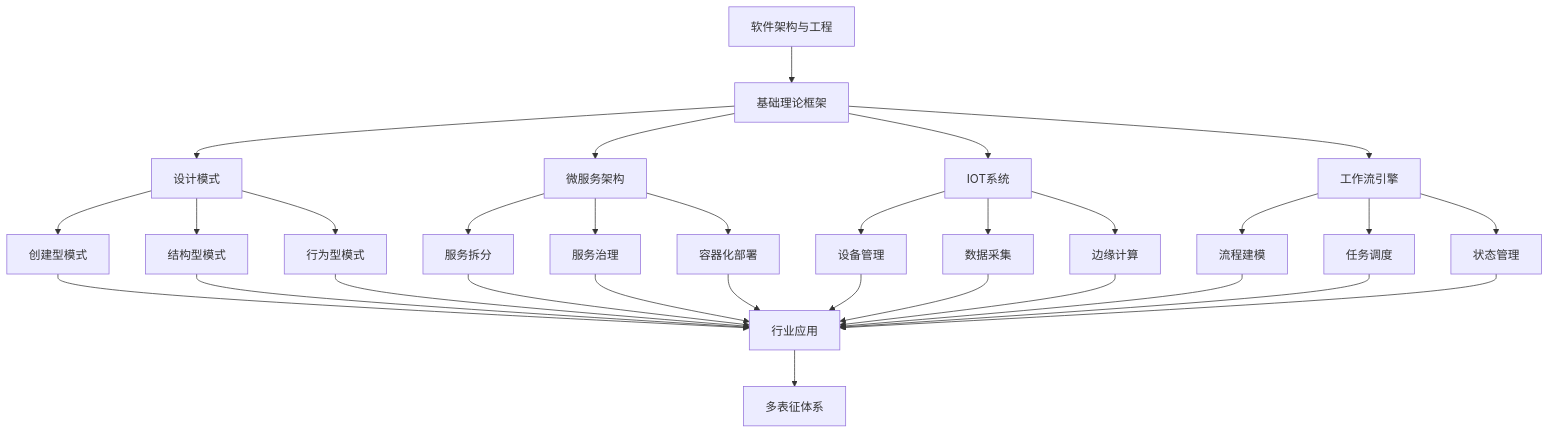
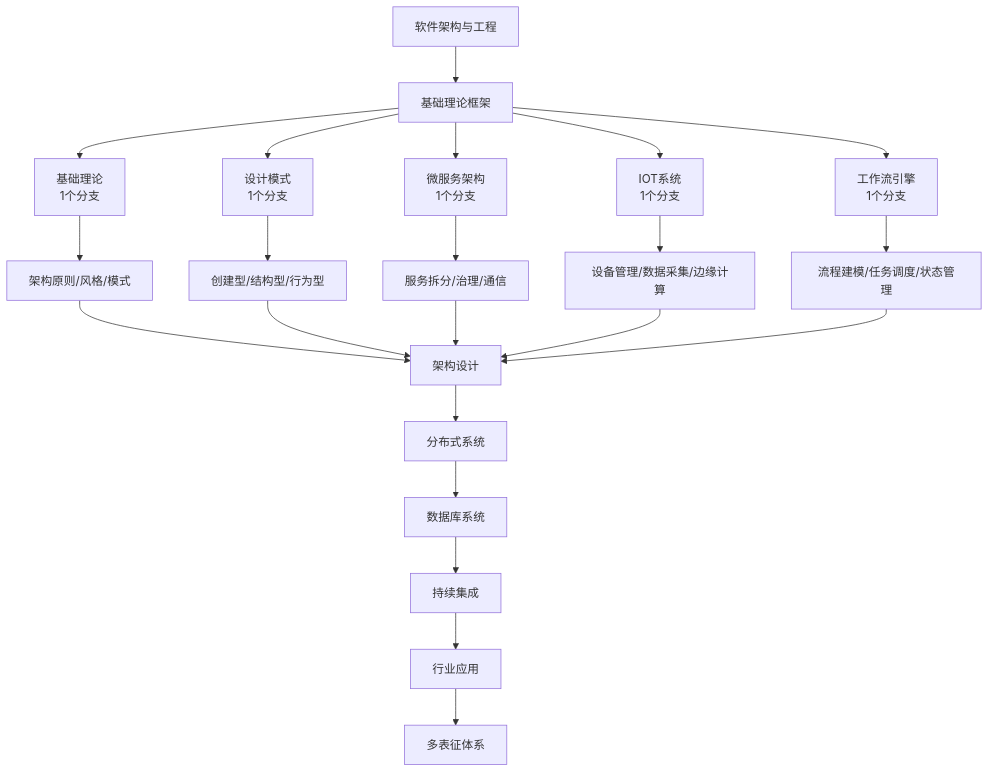
One commit to AdaMartin18010/Data-Science changed the diagram in Analysis/4-软件架构与工程/README.md. Above: the diagram before and after it, drawn with Mermaid. The commit also changed other lines of this file and 27 other files, not shown here.

````diff
--- a/Analysis/4-软件架构与工程/README.md
+++ b/Analysis/4-软件架构与工程/README.md
@@ -29,22 +29,22 @@
 ```mermaid
 flowchart TD
   A[软件架构与工程] --> B[基础理论框架]
-  B --> C1[设计模式]
-  B --> C2[微服务架构]
-  B --> C3[IOT系统]
-  B --> C4[工作流引擎]
-  C1 --> D[创建型模式]
-  C1 --> E[结构型模式]
-  C1 --> F[行为型模式]
-  C2 --> G[服务拆分]
-  C2 --> H[服务治理]
-  C2 --> I[容器化部署]
-  C3 --> J[设备管理]
-  C3 --> K[数据采集]
-  C3 --> L[边缘计算]
-  C4 --> M[流程建模]
-  C4 --> N[任务调度]
-  C4 --> O[状态管理]
-  D & E & F & G & H & I & J & K & L & M & N & O --> P[行业应用]
-  P --> Q[多表征体系]
+  B --> C1[基础理论<br/>1个分支]
+  B --> C2[设计模式<br/>1个分支]
+  B --> C3[微服务架构<br/>1个分支]
+  B --> C4[IOT系统<br/>1个分支]
+  B --> C5[工作流引擎<br/>1个分支]
+  
+  C1 --> D[架构原则/风格/模式]
+  C2 --> E[创建型/结构型/行为型]
+  C3 --> F[服务拆分/治理/通信]
+  C4 --> G[设备管理/数据采集/边缘计算]
+  C5 --> H[流程建模/任务调度/状态管理]
+  
+  D & E & F & G & H --> I[架构设计]
+  I --> J[分布式系统]
+  J --> K[数据库系统]
+  K --> L[持续集成]
+  L --> M[行业应用]
+  M --> N[多表征体系]
 ```
````
